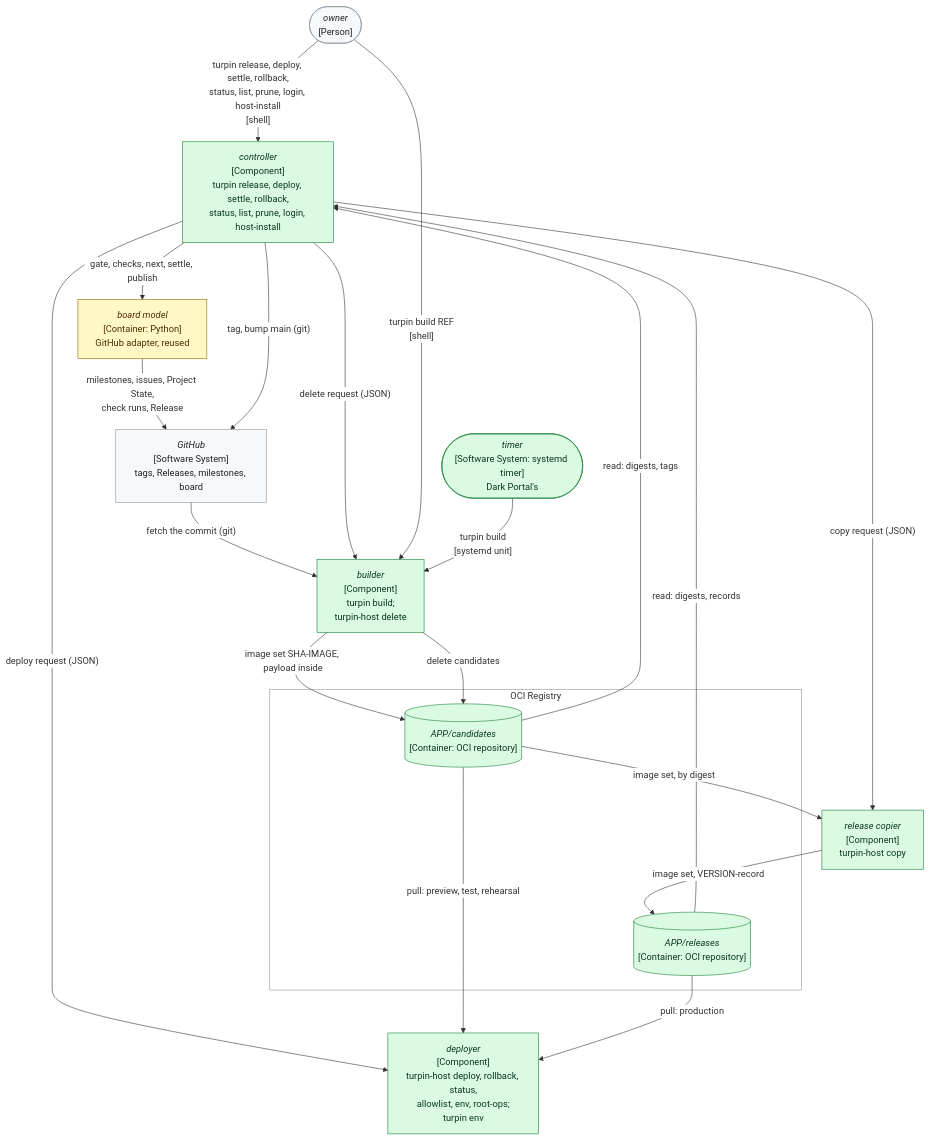
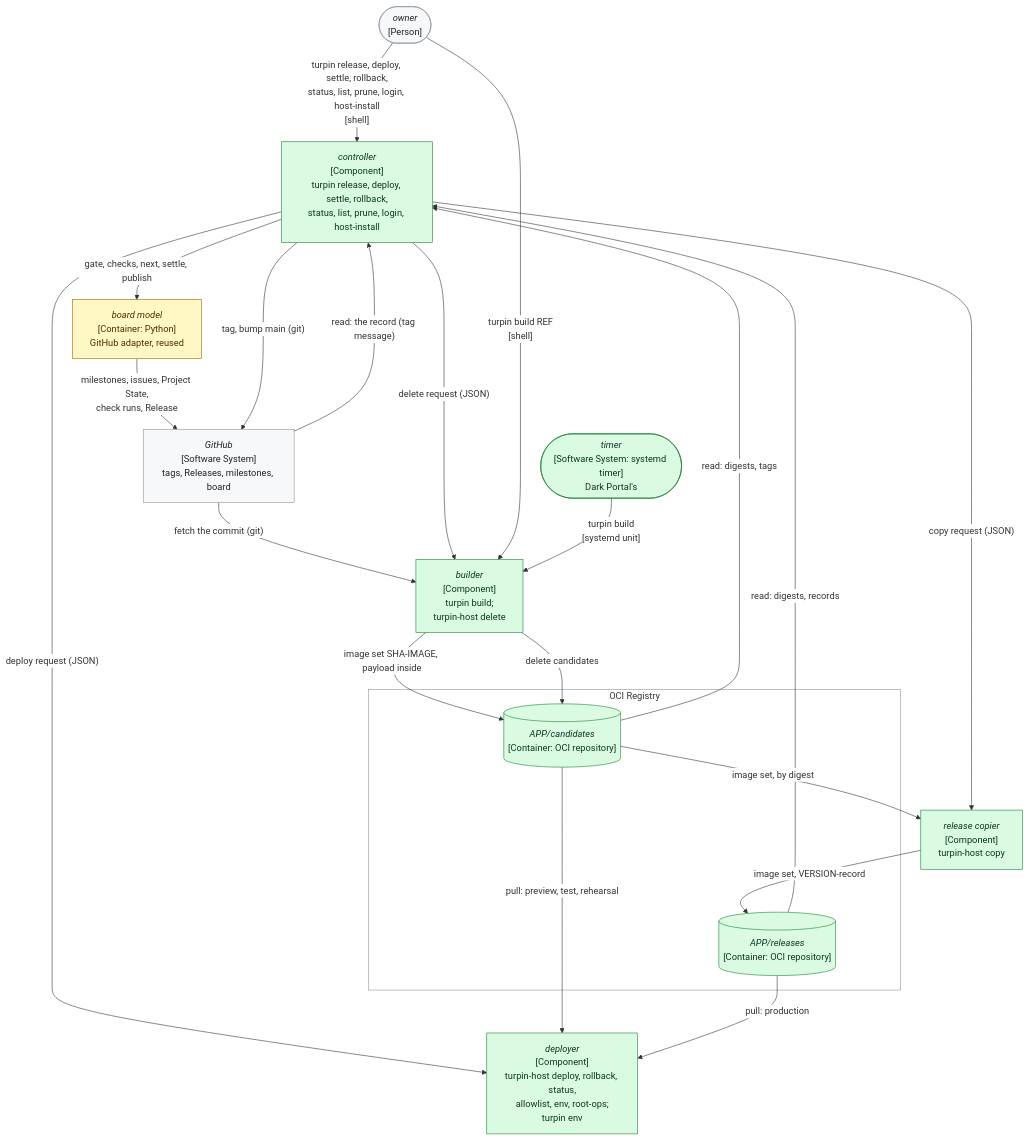
One commit to delphside/programme changed the first of 8 diagrams in records/2.5-changes/programme-tooling/117-generic-deliver-tool/design.md. Above: the diagram before and after it, drawn with Mermaid. The commit also changed other lines of this file, not shown here.

````diff
--- a/records/2.5-changes/programme-tooling/117-generic-deliver-tool/design.md
+++ b/records/2.5-changes/programme-tooling/117-generic-deliver-tool/design.md
@@ -132,40 +132,41 @@
 ```mermaid
 %%{init: {"themeVariables": {"clusterBkg": "#ffffff", "clusterBorder": "#8c959f", "edgeLabelBackground": "#ffffff"}}}%%
 flowchart TB
   OWN(["<i>owner</i><br>[Person]"])
   TIMER(["<i>timer</i><br>[Software System: systemd timer]<br>Dark Portal's"])
   CTL["<i>controller</i><br>[Component]<br>turpin release, deploy, settle, rollback,<br>status, list, prune, login, host-install"]
   BLD["<i>builder</i><br>[Component]<br>turpin build;<br>turpin-host delete"]
   COPY["<i>release copier</i><br>[Component]<br>turpin-host copy"]
   DEP["<i>deployer</i><br>[Component]<br>turpin-host deploy, rollback, status,<br>allowlist, env, root-ops;<br>turpin env"]
   subgraph OCIR["OCI Registry"]
     CAND[("<i>APP/candidates</i><br>[Container: OCI repository]")]
     REL[("<i>APP/releases</i><br>[Container: OCI repository]")]
   end
   GH["<i>GitHub</i><br>[Software System]<br>tags, Releases, milestones, board"]
   BM["<i>board model</i><br>[Container: Python]<br>GitHub adapter, reused"]
   CTL -->|"gate, checks, next, settle, publish"| BM
   BM -->|"milestones, issues, Project State,<br>check runs, Release"| GH
   BLD -->|"image set SHA-IMAGE, payload inside"| CAND
   GH -->|"fetch the commit (git)"| BLD
   CAND -->|"read: digests, tags"| CTL
   REL -->|"read: digests, records"| CTL
   CTL -->|"delete request (JSON)"| BLD
   BLD -->|"delete candidates"| CAND
   CTL -->|"copy request (JSON)"| COPY
   CAND -->|"image set, by digest"| COPY
   COPY -->|"image set, VERSION-record"| REL
   CTL -->|"deploy request (JSON)"| DEP
   CAND -->|"pull: preview, test, rehearsal"| DEP
   REL -->|"pull: production"| DEP
   CTL -->|"tag, bump main (git)"| GH
+  GH -->|"read: the record (tag message)"| CTL
   OWN -->|"turpin release, deploy, settle, rollback,<br>status, list, prune, login, host-install<br>[shell]"| CTL
   OWN -->|"turpin build REF<br>[shell]"| BLD
   TIMER -->|"turpin build<br>[systemd unit]"| BLD
   classDef unchanged    fill:#f6f8fa,stroke:#8c959f,color:#1f2328
   classDef new          fill:#dafbe1,stroke:#1a7f37,color:#0a3622
   classDef changed      fill:#fff8c5,stroke:#9a6700,color:#4d2d00
   class TIMER,CTL,BLD,COPY,DEP,CAND,REL new
   class BM changed
   class OWN,GH unchanged
 ```
````
